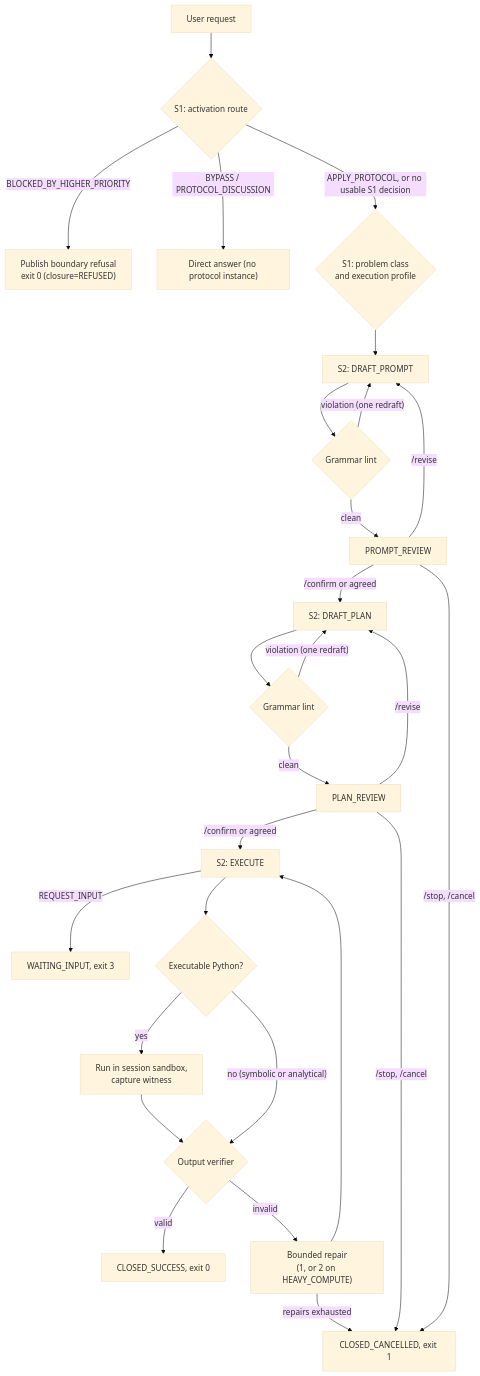
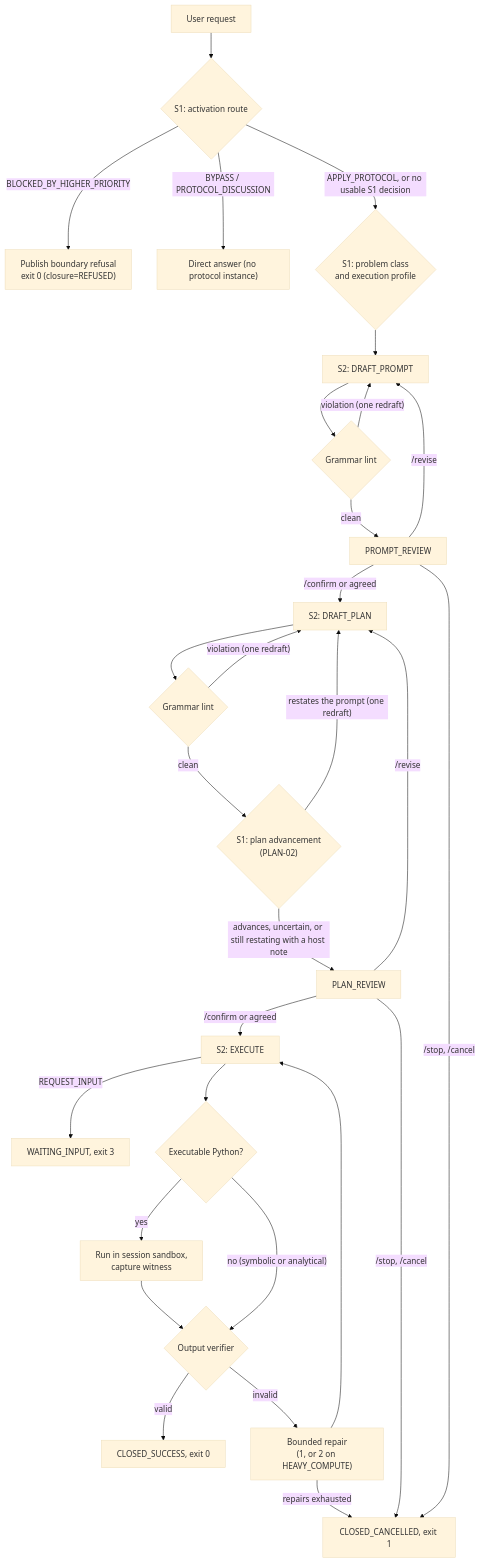
One commit to paragon-ux/PDLt-Test changed the diagram in ARCHITECTURE.md. Above: the diagram before and after it, drawn with Mermaid (base theme). The commit also changed other lines of this file and 23 other files, not shown here.

First line of the commit message:
eval: logic-and-reasoning catalogue (16), plan-gate and entity runners, docs

````diff
--- a/ARCHITECTURE.md
+++ b/ARCHITECTURE.md
@@ -84,29 +84,31 @@
 ```mermaid
 flowchart TD
     Ingest["User request"] --> S1_Activate{"S1: activation route"}
     S1_Activate -- BLOCKED_BY_HIGHER_PRIORITY --> Refusal["Publish boundary refusal<br/>exit 0 (closure=REFUSED)"]
     S1_Activate -- BYPASS / PROTOCOL_DISCUSSION --> Direct["Direct answer (no protocol instance)"]
     S1_Activate -- "APPLY_PROTOCOL, or no usable S1 decision" --> S1_Class{"S1: problem class<br/>and execution profile"}
     S1_Class --> DraftPrompt["S2: DRAFT_PROMPT"]
     DraftPrompt --> PromptLint{"Grammar lint"}
     PromptLint -- "violation (one redraft)" --> DraftPrompt
     PromptLint -- clean --> PromptGate["PROMPT_REVIEW"]
     PromptGate -- "/confirm or agreed" --> DraftPlan["S2: DRAFT_PLAN"]
     PromptGate -- "/revise" --> DraftPrompt
     PromptGate -- "/stop, /cancel" --> Cancelled["CLOSED_CANCELLED, exit 1"]
     DraftPlan --> PlanLint{"Grammar lint"}
     PlanLint -- "violation (one redraft)" --> DraftPlan
-    PlanLint -- clean --> PlanGate["PLAN_REVIEW"]
+    PlanLint -- clean --> PlanAdvance{"S1: plan advancement<br/>(PLAN-02)"}
+    PlanAdvance -- "restates the prompt (one redraft)" --> DraftPlan
+    PlanAdvance -- "advances, uncertain, or still restating with a host note" --> PlanGate["PLAN_REVIEW"]
     PlanGate -- "/confirm or agreed" --> Execute["S2: EXECUTE"]
     PlanGate -- "/revise" --> DraftPlan
     PlanGate -- "/stop, /cancel" --> Cancelled
     Execute -- REQUEST_INPUT --> Waiting["WAITING_INPUT, exit 3"]
     Execute --> HasCode{"Executable Python?"}
     HasCode -- yes --> Sandbox["Run in session sandbox,<br/>capture witness"]
     HasCode -- "no (symbolic or analytical)" --> Verify
     Sandbox --> Verify{"Output verifier"}
     Verify -- valid --> Success["CLOSED_SUCCESS, exit 0"]
     Verify -- invalid --> Repair["Bounded repair<br/>(1, or 2 on HEAVY_COMPUTE)"]
     Repair --> Execute
     Repair -- "repairs exhausted" --> Cancelled
 ```
````
